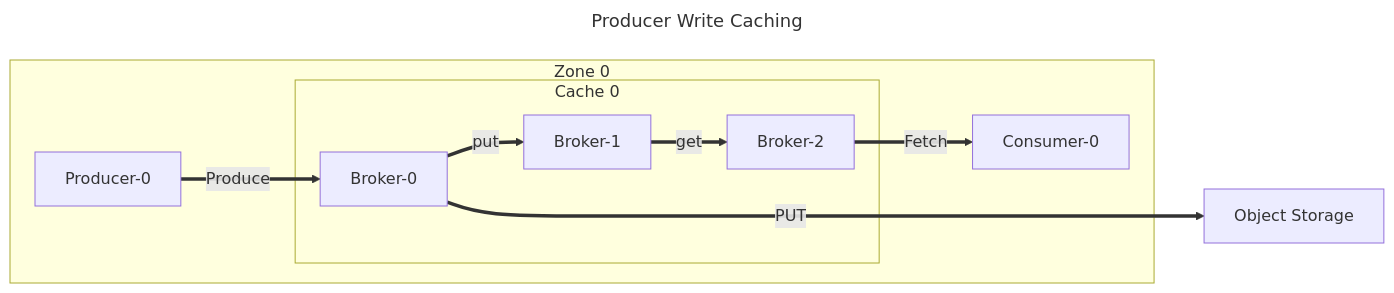
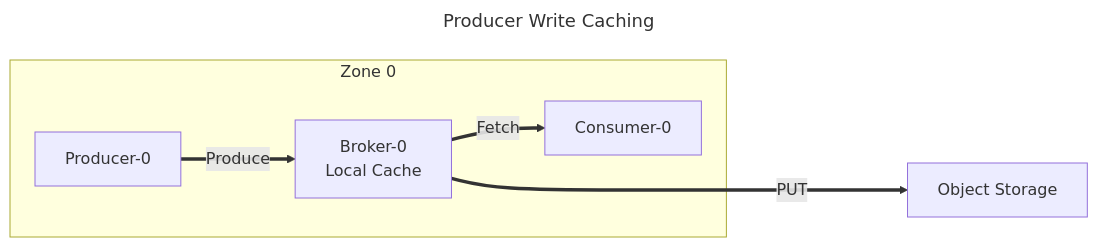
The fourth of 5 diagrams in docs/inkless/ARCHITECTURE.md (aiven/inkless), drawn with Mermaid before and after one commit. The commit also changed other lines of this file, not shown here.

Commit message:
docs(inkless): update architecture diagram

````diff
--- a/docs/inkless/ARCHITECTURE.md
+++ b/docs/inkless/ARCHITECTURE.md
@@ -118,20 +113,16 @@
 ```mermaid
 ---
 title: Producer Write Caching
 ---
 flowchart LR
     subgraph AZ0[Zone 0]
-        subgraph C0[Cache 0]
-            Broker00[Broker-0]
-            Broker01[Broker-1]
-            Broker02[Broker-2]
-        end
+        Broker00[Broker-0<br/>Local Cache]
         Producer00[Producer-0]
         Consumer00[Consumer-0]
     end
     ObjectStorage[Object Storage]
 
-    Producer00 == Produce ==> Broker00 == put ==> Broker01
-    Broker01 == get ==> Broker02 == Fetch ==> Consumer00
+    Producer00 == Produce ==> Broker00
+    Broker00 == Fetch ==> Consumer00
     Broker00 == PUT =====> ObjectStorage
 ```
````
